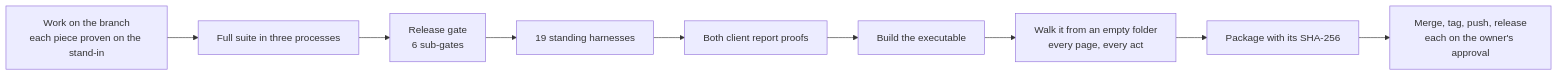
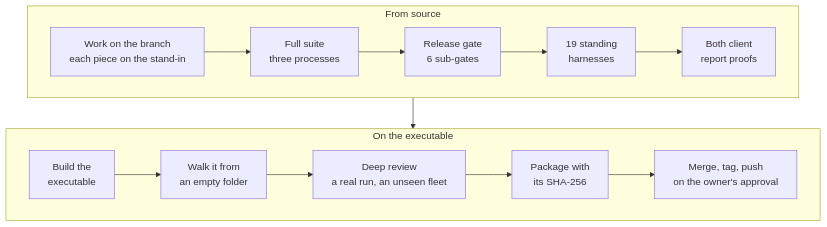
One commit to RyanH-sudo/ninjatoolkit-case-study changed the seventh of 7 diagrams in CASE_STUDY.md. Above: the diagram before and after it, drawn with Mermaid. The commit also changed other lines of this file and 2 other files, not shown here.

Commit message:
Case study updated to v8.2.0: the Job as the thread, the console, device identity, judge precision on the estate, the fail-closed fix builder; every figure re-measured at the v8.2.0 tag

````diff
--- a/CASE_STUDY.md
+++ b/CASE_STUDY.md
@@ -735,11 +933,18 @@
 ```mermaid
-flowchart LR
-    B["Work on the branch<br/>each piece proven on the stand-in"] --> S["Full suite in three processes"]
-    S --> G["Release gate<br/>6 sub-gates"]
-    G --> H["19 standing harnesses"]
-    H --> P["Both client report proofs"]
-    P --> X["Build the executable"]
-    X --> W["Walk it from an empty folder<br/>every page, every act"]
-    W --> K["Package with its SHA-256"]
-    K --> M["Merge, tag, push, release<br/>each on the owner's approval"]
+flowchart TB
+    subgraph PROVE["From source"]
+        direction LR
+        B["Work on the branch<br/>each piece on the stand-in"] --> S["Full suite<br/>three processes"]
+        S --> G["Release gate<br/>6 sub-gates"]
+        G --> H["19 standing<br/>harnesses"]
+        H --> P["Both client<br/>report proofs"]
+    end
+    subgraph SHIP["On the executable"]
+        direction LR
+        X["Build the<br/>executable"] --> W["Walk it from<br/>an empty folder"]
+        W --> D["Deep review<br/>a real run, an unseen fleet"]
+        D --> K["Package with<br/>its SHA-256"]
+        K --> M["Merge, tag, push<br/>on the owner's approval"]
+    end
+    PROVE --> SHIP
 ```
````
